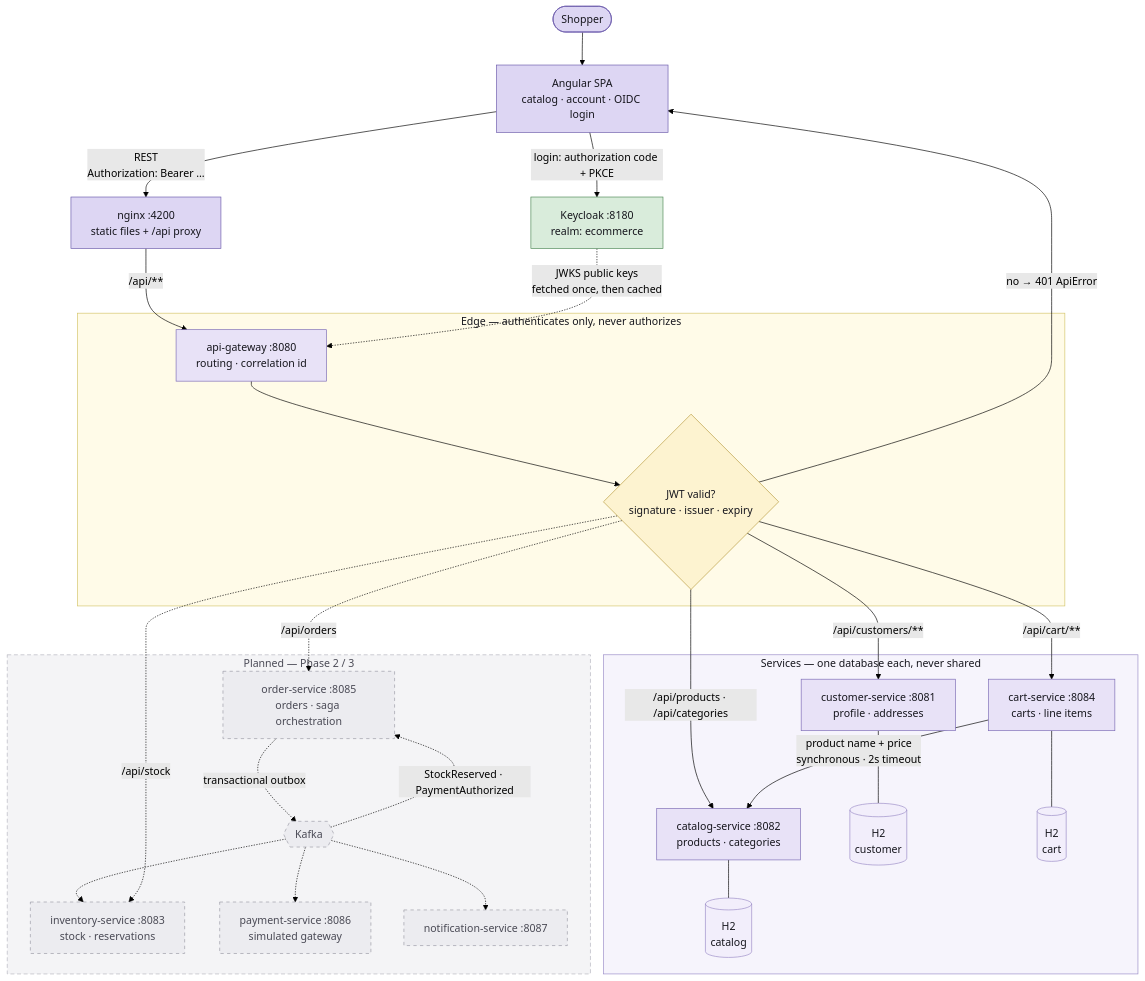
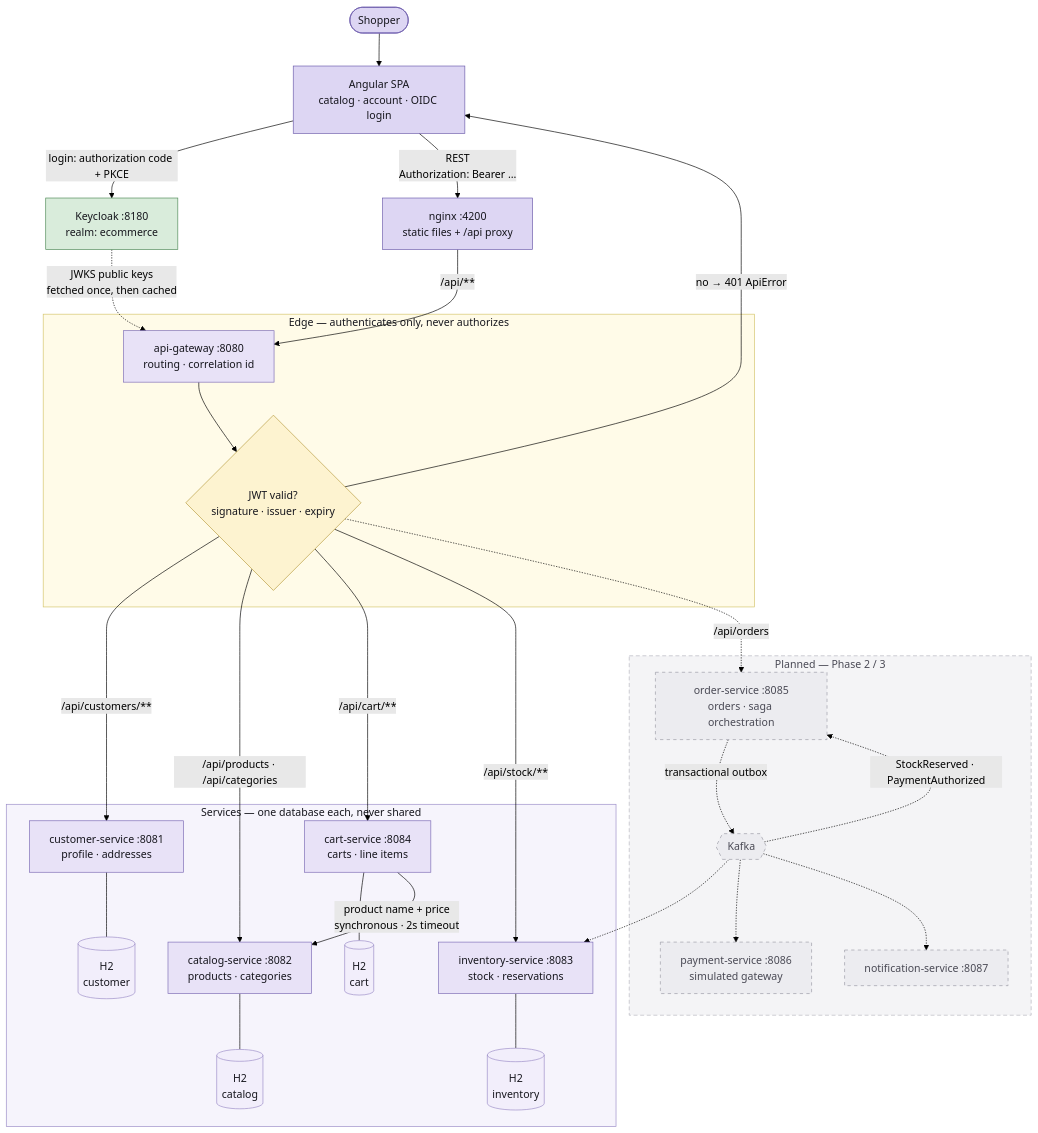
Before and after one commit to harrishdhaithya/e-commerce-microserv: the diagram in docs/architecture-diagram.md, drawn with Mermaid (forest theme). The commit also changed 45 other files, not shown here.

Commit message:
inventory service

````diff
--- a/docs/architecture-diagram.md
+++ b/docs/architecture-diagram.md
@@ -3,79 +3,81 @@
 ```mermaid
 flowchart TD
     SHOPPER(["Shopper"])
 
     SPA["Angular SPA<br/>catalog · account · OIDC login"]
     NGINX["nginx :4200<br/>static files + /api proxy"]
 
     KC["Keycloak :8180<br/>realm: ecommerce"]
 
     SHOPPER --> SPA
     SPA -->|"login: authorization code + PKCE"| KC
     SPA -->|"REST<br/>Authorization: Bearer …"| NGINX
     NGINX -->|"/api/**"| GW
 
     subgraph edge["Edge — authenticates only, never authorizes"]
         GW["api-gateway :8080<br/>routing · correlation id"]
         VALID{"JWT valid?<br/>signature · issuer · expiry"}
         GW --> VALID
     end
 
     VALID -->|"no → 401 ApiError"| SPA
 
     subgraph svcs["Services — one database each, never shared"]
         CUST["customer-service :8081<br/>profile · addresses"]
         CAT["catalog-service :8082<br/>products · categories"]
         CART["cart-service :8084<br/>carts · line items"]
+        INV["inventory-service :8083<br/>stock · reservations"]
 
         CUSTDB[("H2<br/>customer")]
         CATDB[("H2<br/>catalog")]
         CARTDB[("H2<br/>cart")]
+        INVDB[("H2<br/>inventory")]
 
         CUST --- CUSTDB
         CAT --- CATDB
         CART --- CARTDB
+        INV --- INVDB
     end
 
     VALID -->|"/api/customers/**"| CUST
     VALID -->|"/api/products · /api/categories"| CAT
     VALID -->|"/api/cart/**"| CART
+    VALID -->|"/api/stock/**"| INV
 
     CART -->|"product name + price<br/>synchronous · 2s timeout"| CAT
 
     KC -.->|"JWKS public keys<br/>fetched once, then cached"| GW
 
     subgraph planned["Planned — Phase 2 / 3"]
-        INV["inventory-service :8083<br/>stock · reservations"]
         ORD["order-service :8085<br/>orders · saga orchestration"]
         PAY["payment-service :8086<br/>simulated gateway"]
         NOTIF["notification-service :8087"]
         KAFKA{{"Kafka"}}
 
         ORD -.->|"transactional outbox"| KAFKA
         KAFKA -.->|"StockReserved · PaymentAuthorized"| ORD
         KAFKA -.-> INV
         KAFKA -.-> PAY
         KAFKA -.-> NOTIF
     end
 
     VALID -.->|"/api/orders"| ORD
-    VALID -.->|"/api/stock"| INV
 
     classDef client fill:#ddd6f3,stroke:#6b5bab,color:#16161d
     classDef service fill:#e8e2f7,stroke:#7c6bb5,color:#16161d
     classDef store fill:#f2eefb,stroke:#9a8cc7,color:#16161d
     classDef identity fill:#d9ecdb,stroke:#4f8a57,color:#16161d
     classDef decision fill:#fdf3d0,stroke:#b89b3e,color:#16161d
     classDef future fill:#ececf0,stroke:#9b9ba6,color:#4a4a55,stroke-dasharray: 5 5
 
     class SHOPPER,SPA,NGINX client
-    class GW,CUST,CAT,CART service
-    class CUSTDB,CATDB,CARTDB store
+    class GW,CUST,CAT,CART,INV service
+    class CUSTDB,CATDB,CARTDB,INVDB store
     class KC identity
     class VALID decision
-    class INV,ORD,PAY,NOTIF,KAFKA future
+    class ORD,PAY,NOTIF,KAFKA future
 
     style edge fill:#fffbe8,stroke:#d4c56a,color:#16161d
     style svcs fill:#f6f4fc,stroke:#9a8cc7,color:#16161d
     style planned fill:#f4f4f6,stroke:#b4b4bd,color:#4a4a55,stroke-dasharray: 6 4
 ```
````
